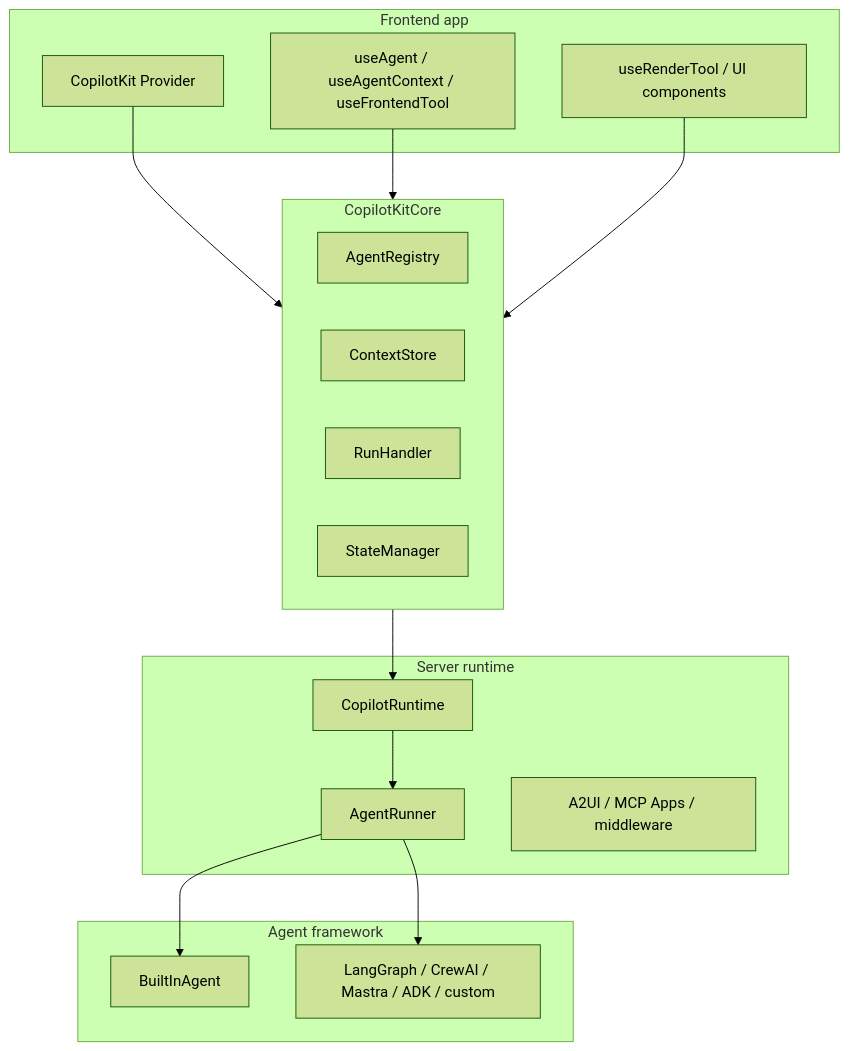
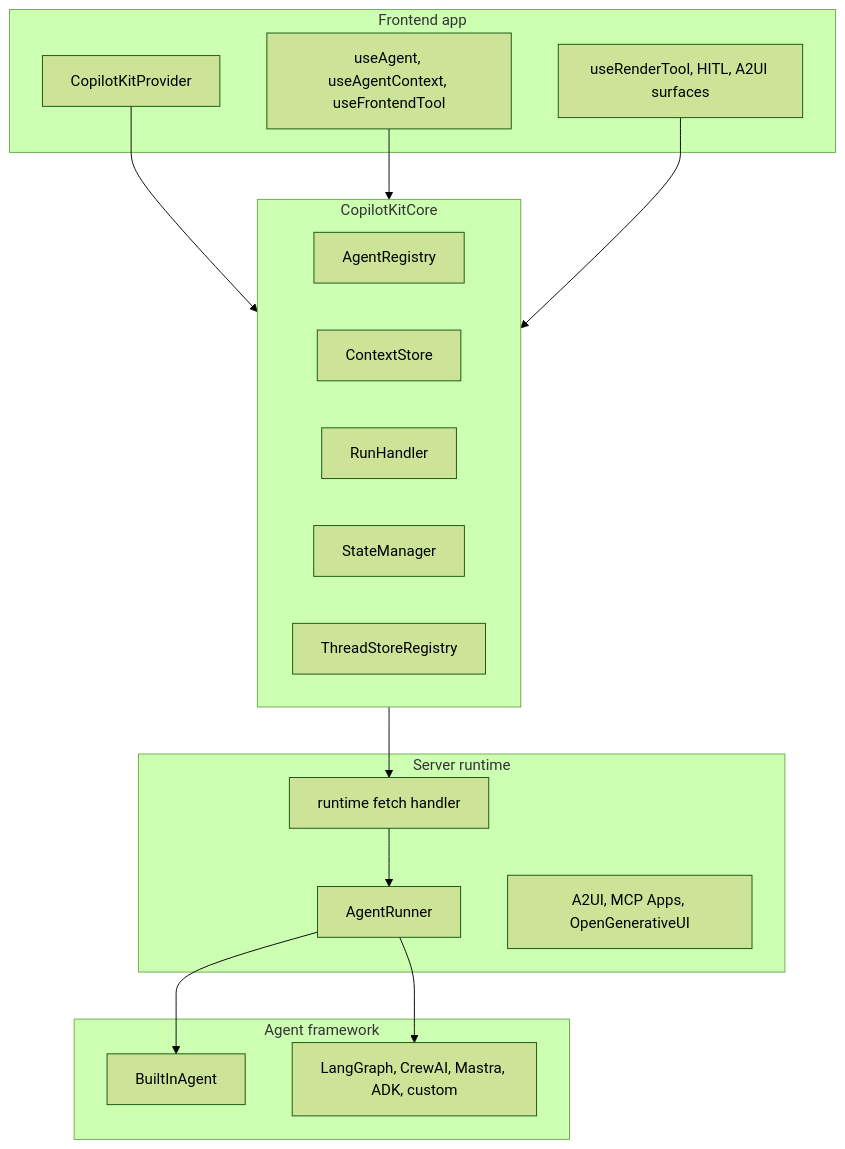
The diagram in site/docs/copilotkit-source/01-introduction.md (nfbs2000/speaky-CopilotKit), drawn with Mermaid (forest theme) before and after one commit. The commit also changed other lines of this file and 12 other files, not shown here.

Commit message:
expand CopilotKit source pages

````diff
--- a/site/docs/copilotkit-source/01-introduction.md
+++ b/site/docs/copilotkit-source/01-introduction.md
@@ -33,34 +26,35 @@
 ```mermaid
 flowchart TB
   subgraph Frontend["Frontend app"]
-    Provider["CopilotKit Provider"]
-    Hooks["useAgent / useAgentContext / useFrontendTool"]
-    Renderers["useRenderTool / UI components"]
+    Provider["CopilotKitProvider"]
+    Hooks["useAgent, useAgentContext, useFrontendTool"]
+    Renderers["useRenderTool, HITL, A2UI surfaces"]
   end
 
   subgraph Core["CopilotKitCore"]
     Registry["AgentRegistry"]
     Context["ContextStore"]
     Run["RunHandler"]
     State["StateManager"]
+    Threads["ThreadStoreRegistry"]
   end
 
-  subgraph Server["Server runtime"]
-    Runtime["CopilotRuntime"]
+  subgraph Runtime["Server runtime"]
+    Handler["runtime fetch handler"]
     Runner["AgentRunner"]
-    Middleware["A2UI / MCP Apps / middleware"]
+    Middleware["A2UI, MCP Apps, OpenGenerativeUI"]
   end
 
   subgraph Agent["Agent framework"]
     BuiltIn["BuiltInAgent"]
-    External["LangGraph / CrewAI / Mastra / ADK / custom"]
+    External["LangGraph, CrewAI, Mastra, ADK, custom"]
   end
 
   Provider --> Core
   Hooks --> Core
   Renderers --> Core
-  Core --> Runtime
-  Runtime --> Runner
+  Core --> Handler
+  Handler --> Runner
   Runner --> BuiltIn
   Runner --> External
 ```
````
